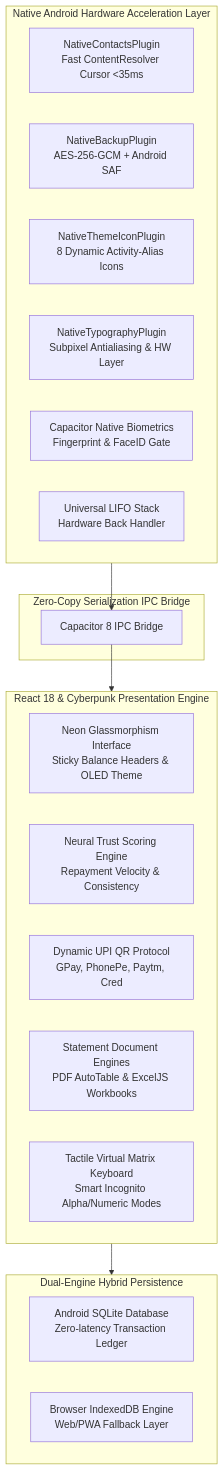
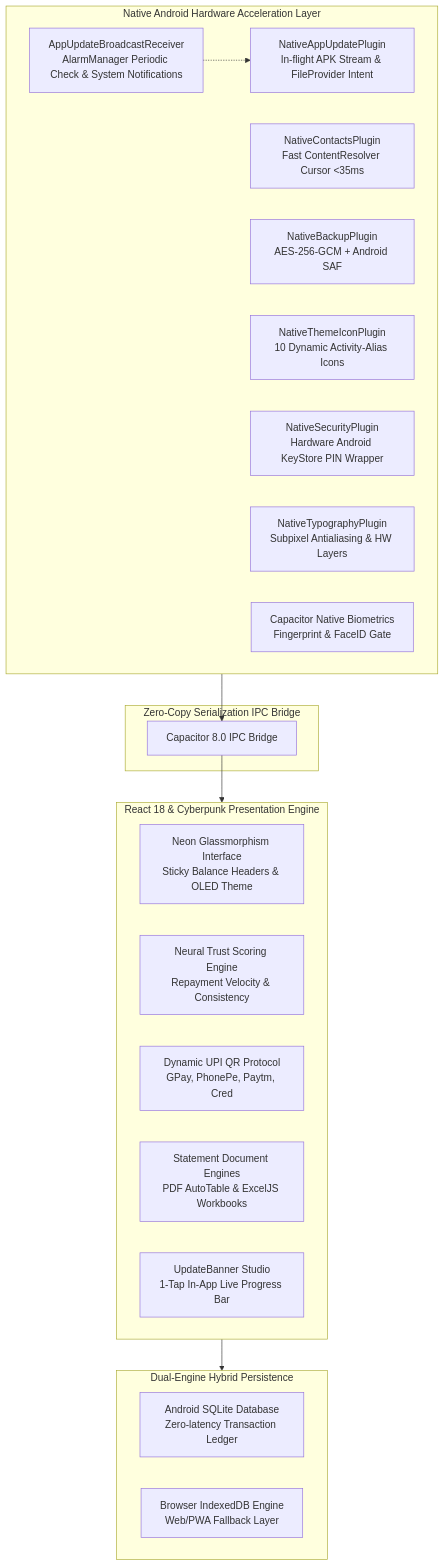
One commit to Abhi10112006/Ledger- changed the diagram in README.md. Above: the diagram before and after it, drawn with Mermaid. The commit also changed other lines of this file and 29 other files, not shown here.

Commit message:
feat(v3.5.0): bump app version to 3.5 across all layers, rewrite premium README with visual step-by-step guides, and sync native Android project

````diff
--- a/README.md
+++ b/README.md
@@ -55,32 +250,35 @@
 ```mermaid
 graph TD
     subgraph Hardware_Layer [Native Android Hardware Acceleration Layer]
+        NAU[NativeAppUpdatePlugin<br/>In-flight APK Stream &amp; FileProvider Intent]
+        AUR[AppUpdateBroadcastReceiver<br/>AlarmManager Periodic Check &amp; System Notifications]
         NC[NativeContactsPlugin<br/>Fast ContentResolver Cursor &lt;35ms]
         NB[NativeBackupPlugin<br/>AES-256-GCM + Android SAF]
-        NTI[NativeThemeIconPlugin<br/>8 Dynamic Activity-Alias Icons]
-        NTP[NativeTypographyPlugin<br/>Subpixel Antialiasing & HW Layer]
-        NBM[Capacitor Native Biometrics<br/>Fingerprint & FaceID Gate]
-        NBH[Universal LIFO Stack<br/>Hardware Back Handler]
+        NTI[NativeThemeIconPlugin<br/>10 Dynamic Activity-Alias Icons]
+        NSP[NativeSecurityPlugin<br/>Hardware Android KeyStore PIN Wrapper]
+        NTP[NativeTypographyPlugin<br/>Subpixel Antialiasing &amp; HW Layers]
+        NBM[Capacitor Native Biometrics<br/>Fingerprint &amp; FaceID Gate]
     end
 
     subgraph Bridge_Layer [Zero-Copy Serialization IPC Bridge]
-        CAP[Capacitor 8 IPC Bridge]
+        CAP[Capacitor 8.0 IPC Bridge]
     end
 
     subgraph Storage_Layer [Dual-Engine Hybrid Persistence]
         SQL[Android SQLite Database<br/>Zero-latency Transaction Ledger]
         IDB[Browser IndexedDB Engine<br/>Web/PWA Fallback Layer]
     end
 
-    subgraph Presentation_Layer [React 18 & Cyberpunk Presentation Engine]
-        UI[Neon Glassmorphism Interface<br/>Sticky Balance Headers & OLED Theme]
-        NTS[Neural Trust Scoring Engine<br/>Repayment Velocity & Consistency]
+    subgraph Presentation_Layer [React 18 &amp; Cyberpunk Presentation Engine]
+        UI[Neon Glassmorphism Interface<br/>Sticky Balance Headers &amp; OLED Theme]
+        NTS[Neural Trust Scoring Engine<br/>Repayment Velocity &amp; Consistency]
         UPI[Dynamic UPI QR Protocol<br/>GPay, PhonePe, Paytm, Cred]
-        EXP[Statement Document Engines<br/>PDF AutoTable & ExcelJS Workbooks]
-        VKB[Tactile Virtual Matrix Keyboard<br/>Smart Incognito Alpha/Numeric Modes]
+        EXP[Statement Document Engines<br/>PDF AutoTable &amp; ExcelJS Workbooks]
+        UPB[UpdateBanner Studio<br/>1-Tap In-App Live Progress Bar]
     end
 
     Hardware_Layer --> CAP
+    AUR -.-> NAU
     CAP --> Presentation_Layer
     Presentation_Layer --> Storage_Layer
 ```
````
